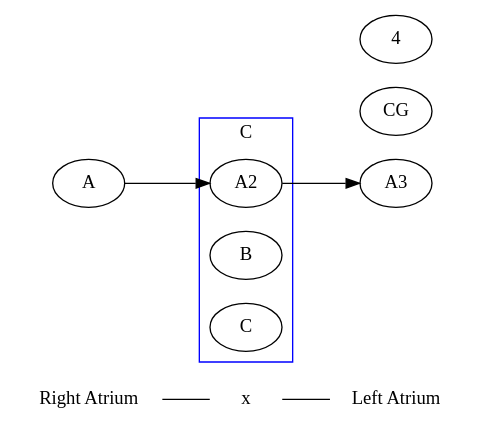
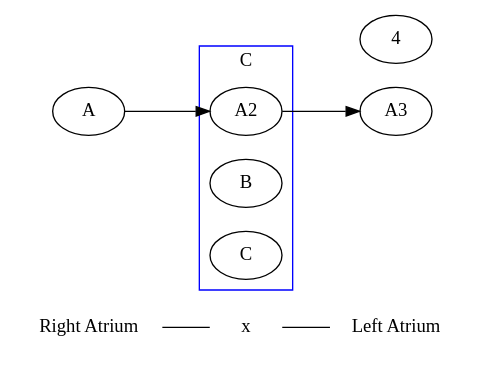
The second of 2 diagrams in NURS380_Practicum/Topics/EKG/EKG and Rhythms.md (meirisoda/school_spring2024), drawn with Graphviz before and after one commit.

Commit message:
vault backup: 2024-02-19 17:40:57

````diff
--- a/NURS380_Practicum/Topics/EKG/EKG and Rhythms.md
+++ b/NURS380_Practicum/Topics/EKG/EKG and Rhythms.md
@@ -209,29 +209,29 @@
 ```dot
 digraph g{
 	rankdir = LR;
 	node [shape = none]
 	1 [label="Right Atrium"];
 	2 [label="x"];
 	3 [label="Left Atrium"];
 	
 	1->2->3[arrowhead=none]
 	
 	node [shape = ellipse]
 	
 	A->A2->A3;
 	
-	subgraph clusterCG{
+	subgraph cluster1{
 	shape = rect;
 	rank=same;
 	A2;
 	B;
 	C;
 	color=blue;
 	label="C";
 	}
 	
 	{ rank=same; 1; A;}
-	{ rank=same; 3; CG;}
+	{ rank=same; 3;}
 	{ rank=same; 4; A3;}
 }
 ```
````
